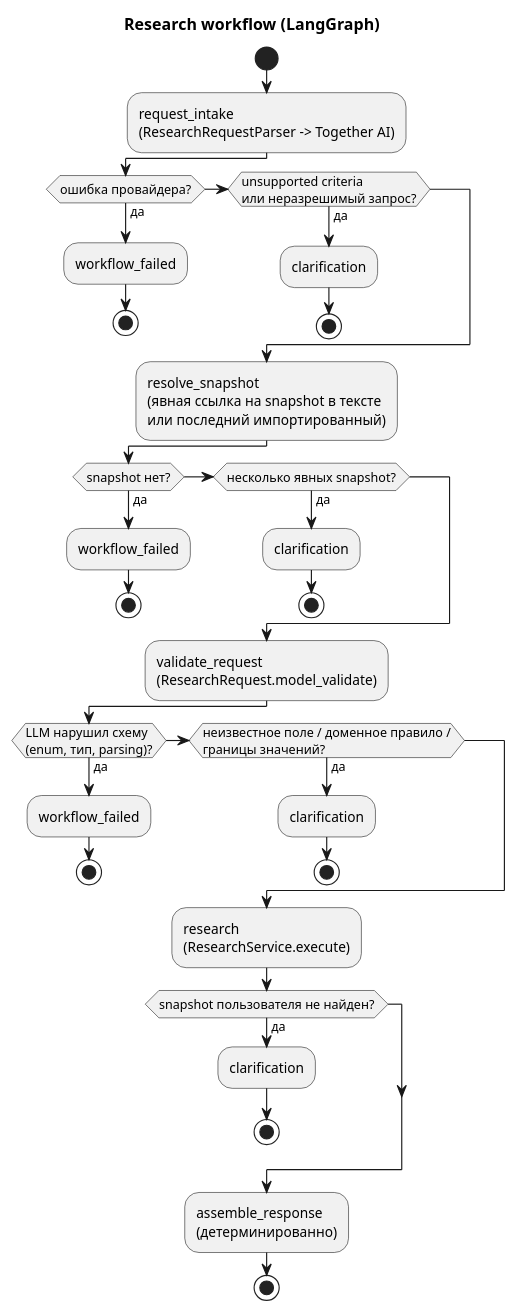
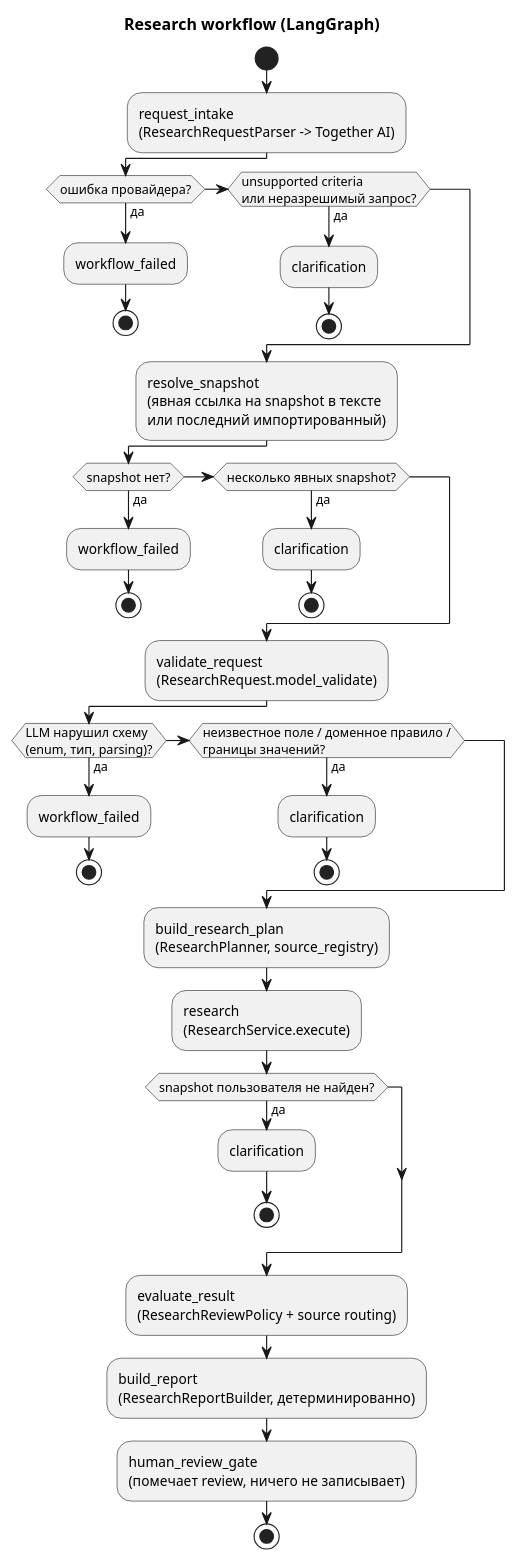
One commit to megannnn98/court-monitor changed the diagram in docs/wiki/Research-Workflow.md. Above: the diagram before and after it, drawn with PlantUML. The commit also changed other lines of this file and 37 other files, not shown here.

First line of the commit message:
feat: research reports, human review policy and source routing

````diff
--- a/docs/wiki/Research-Workflow.md
+++ b/docs/wiki/Research-Workflow.md
@@ -7,38 +7,41 @@
 ```plantuml
 @startuml
 title Research workflow (LangGraph)
 
 start
 :request_intake\n(ResearchRequestParser -> Together AI);
 if (ошибка провайдера?) then (да)
   :workflow_failed;
   stop
 elseif (unsupported criteria\nили неразрешимый запрос?) then (да)
   :clarification;
   stop
 endif
 :resolve_snapshot\n(явная ссылка на snapshot в тексте\nили последний импортированный);
 if (snapshot нет?) then (да)
   :workflow_failed;
   stop
 elseif (несколько явных snapshot?) then (да)
   :clarification;
   stop
 endif
 :validate_request\n(ResearchRequest.model_validate);
 if (LLM нарушил схему\n(enum, тип, parsing)?) then (да)
   :workflow_failed;
   stop
 elseif (неизвестное поле / доменное правило /\nграницы значений?) then (да)
   :clarification;
   stop
 endif
+:build_research_plan\n(ResearchPlanner, source_registry);
 :research\n(ResearchService.execute);
 if (snapshot пользователя не найден?) then (да)
   :clarification;
   stop
 endif
-:assemble_response\n(детерминированно);
+:evaluate_result\n(ResearchReviewPolicy + source routing);
+:build_report\n(ResearchReportBuilder, детерминированно);
+:human_review_gate\n(помечает review, ничего не записывает);
 stop
 @enduml
 ```
````
